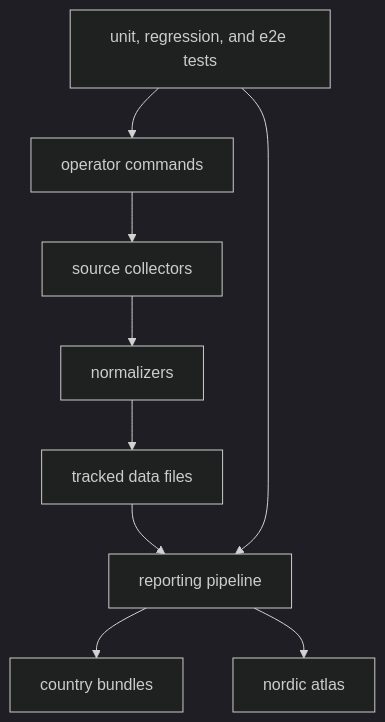
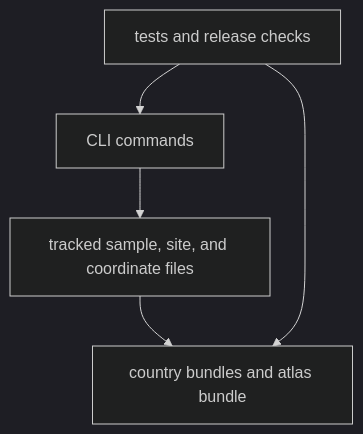
One commit to bijux/bijux-pollenomics changed the diagram in docs/01-bijux-pollenomics/index.md. Above: the diagram before and after it, drawn with Mermaid (dark theme). The commit also changed other lines of this file and 53 other files, not shown here.

````diff
--- a/docs/01-bijux-pollenomics/index.md
+++ b/docs/01-bijux-pollenomics/index.md
@@ -34,20 +26,12 @@
 ```mermaid
 flowchart TB
-    cli["operator commands"]
-    collectors["source collectors"]
-    normalizers["normalizers"]
-    data["tracked data files"]
-    reporting["reporting pipeline"]
-    country["country bundles"]
-    atlas["nordic atlas"]
-    tests["unit, regression, and e2e tests"]
+    commands["CLI commands"]
+    tracked["tracked sample, site, and coordinate files"]
+    bundles["country bundles and atlas bundle"]
+    review["tests and release checks"]
 
-    cli --> collectors
-    collectors --> normalizers
-    normalizers --> data
-    data --> reporting
-    reporting --> country
-    reporting --> atlas
-    tests --> cli
-    tests --> reporting
+    commands --> tracked
+    tracked --> bundles
+    review --> commands
+    review --> bundles
 ```
````
